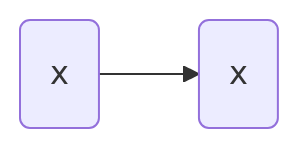
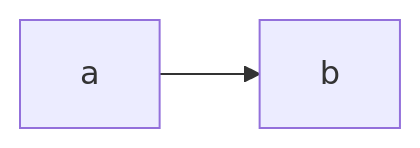
Before and after one commit to petrovs12/PublicPersonalKnowledgeBase: the diagram in vault/root.science.CS.Algorithms.md, drawn with Mermaid. The commit also changed other lines of this file and 1 other file, not shown here.

````diff
--- a/vault/root.science.CS.Algorithms.md
+++ b/vault/root.science.CS.Algorithms.md
@@ -13,4 +13,4 @@
 ```{mermaid}
 graph LR;
-a(x) --> b(x)
+a-->b
 ```
````
